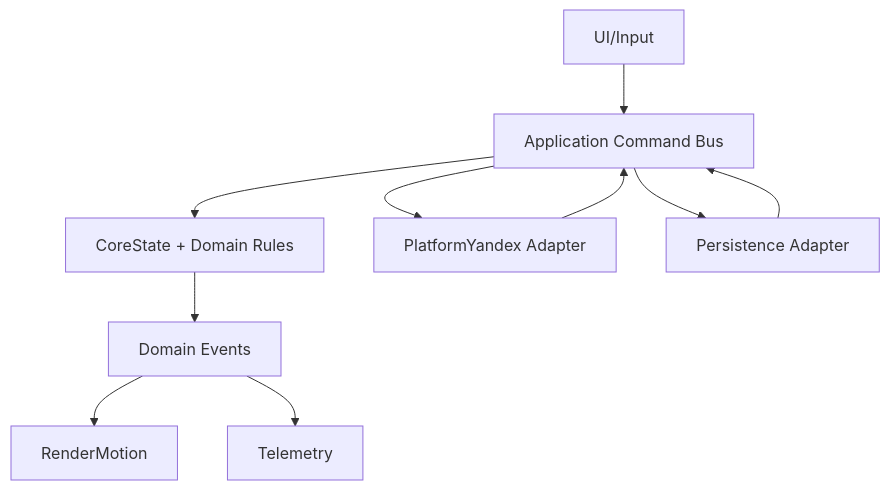
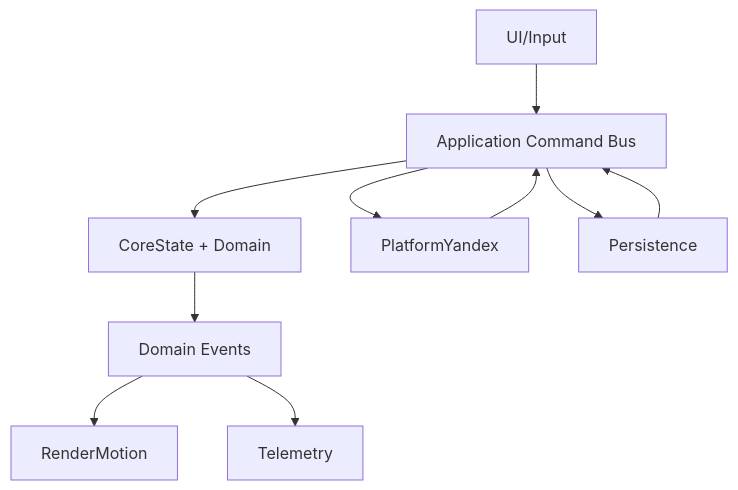
The diagram in TECHSPEC.md (m4ps/soberi-slova), drawn with Mermaid before and after one commit. The commit also changed other lines of this file and 10 other files, not shown here.

````diff
--- a/TECHSPEC.md
+++ b/TECHSPEC.md
@@ -97,12 +98,12 @@
 ```mermaid
 flowchart TD
   UI["UI/Input"] --> APP["Application Command Bus"]
-  APP --> CORE["CoreState + Domain Rules"]
+  APP --> CORE["CoreState + Domain"]
   CORE --> EVT["Domain Events"]
   EVT --> RENDER["RenderMotion"]
   EVT --> TELE["Telemetry"]
-  APP --> PLATFORM["PlatformYandex Adapter"]
-  APP --> PERSIST["Persistence Adapter"]
+  APP --> PLATFORM["PlatformYandex"]
+  APP --> PERSIST["Persistence"]
   PLATFORM --> APP
   PERSIST --> APP
 ```
````
